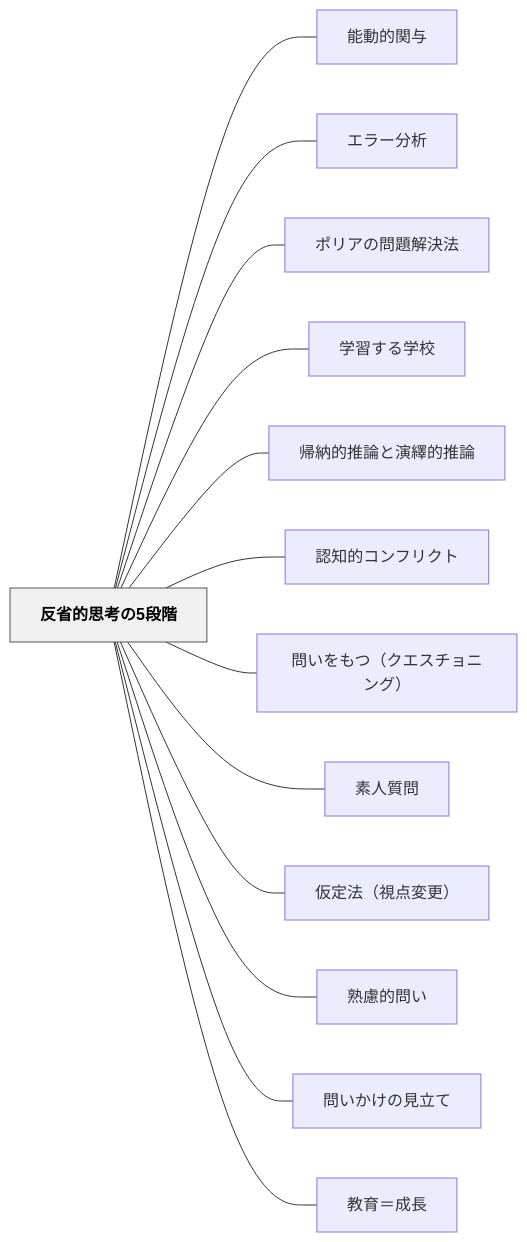
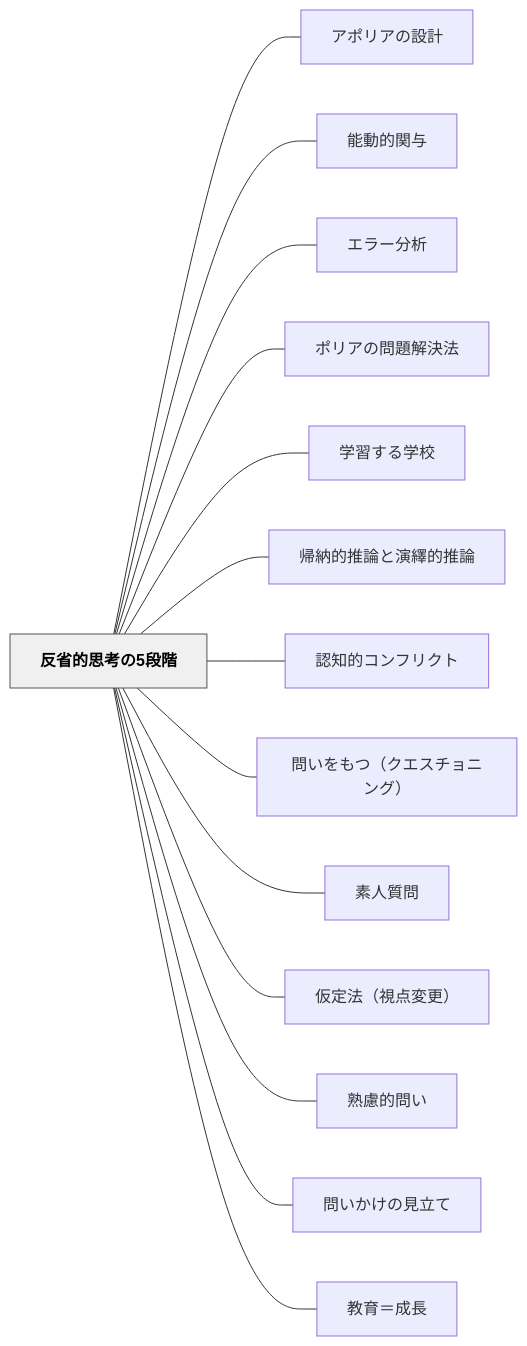
Before and after one commit to unknownthings-ed-patterns/unknownthings-ed-patterns: the diagram in content/パタン/反省的思考の5段階.md, drawn with Mermaid. The commit also changed other lines of this file and 17 other files, not shown here.

````diff
--- a/content/パタン/反省的思考の5段階.md
+++ b/content/パタン/反省的思考の5段階.md
@@ -155,32 +156,34 @@
 ```mermaid
 flowchart LR
     ne58f8de79c81e79a84e6809de88083e381ae35e6aeb5e99a8e["反省的思考の5段階"]
+    ne382a2e3839de383aae382a2e381aee8a8ade8a888["アポリアの設計"]
     ne883bde58b95e79a84e996a2e4b88e["能動的関与"]
     ne382a8e383a9e383bce58886e69e90["エラー分析"]
     ne3839de383aae382a2e381aee5958fe9a18ce8a7a3e6b1bae6b395["ポリアの問題解決法"]
     ne5ada6e7bf92e38199e3828be5ada6e6a0a1["学習する学校"]
     ne5b8b0e7b48de79a84e68ea8e8ab96e381a8e6bc94e7b9b9e79a84e68ea8e8ab96["帰納的推論と演繹的推論"]
     ne8aa8de79fa5e79a84e382b3e383b3e38395e383aae382afe38388["認知的コンフリクト"]
     ne5958fe38184e38292e38282e381a4efbc88e382afe382a8e382b9e38381e383a7e3838be383b3e382b0efbc89["問いをもつ（クエスチョニング）"]
     ne7b4a0e4babae8b3aae5958f["素人質問"]
     ne4bbaee5ae9ae6b395efbc88e8a696e782b9e5a489e69bb4efbc89["仮定法（視点変更）"]
     ne7869fe685aee79a84e5958fe38184["熟慮的問い"]
     ne5958fe38184e3818be38191e381aee8a68be7ab8be381a6["問いかけの見立て"]
     ne69599e882b2efbc9de68890e995b7["教育＝成長"]
 
+    ne58f8de79c81e79a84e6809de88083e381ae35e6aeb5e99a8e --- ne382a2e3839de383aae382a2e381aee8a8ade8a888
     ne58f8de79c81e79a84e6809de88083e381ae35e6aeb5e99a8e --- ne883bde58b95e79a84e996a2e4b88e
     ne58f8de79c81e79a84e6809de88083e381ae35e6aeb5e99a8e --- ne382a8e383a9e383bce58886e69e90
     ne58f8de79c81e79a84e6809de88083e381ae35e6aeb5e99a8e --- ne3839de383aae382a2e381aee5958fe9a18ce8a7a3e6b1bae6b395
     ne58f8de79c81e79a84e6809de88083e381ae35e6aeb5e99a8e --- ne5ada6e7bf92e38199e3828be5ada6e6a0a1
     ne58f8de79c81e79a84e6809de88083e381ae35e6aeb5e99a8e --- ne5b8b0e7b48de79a84e68ea8e8ab96e381a8e6bc94e7b9b9e79a84e68ea8e8ab96
     ne58f8de79c81e79a84e6809de88083e381ae35e6aeb5e99a8e --- ne8aa8de79fa5e79a84e382b3e383b3e38395e383aae382afe38388
     ne58f8de79c81e79a84e6809de88083e381ae35e6aeb5e99a8e --- ne5958fe38184e38292e38282e381a4efbc88e382afe382a8e382b9e38381e383a7e3838be383b3e382b0efbc89
     ne58f8de79c81e79a84e6809de88083e381ae35e6aeb5e99a8e --- ne7b4a0e4babae8b3aae5958f
     ne58f8de79c81e79a84e6809de88083e381ae35e6aeb5e99a8e --- ne4bbaee5ae9ae6b395efbc88e8a696e782b9e5a489e69bb4efbc89
     ne58f8de79c81e79a84e6809de88083e381ae35e6aeb5e99a8e --- ne7869fe685aee79a84e5958fe38184
     ne58f8de79c81e79a84e6809de88083e381ae35e6aeb5e99a8e --- ne5958fe38184e3818be38191e381aee8a68be7ab8be381a6
     ne58f8de79c81e79a84e6809de88083e381ae35e6aeb5e99a8e --- ne69599e882b2efbc9de68890e995b7
 
     classDef hub fill:#f0f0f0,stroke:#555,color:#000,font-weight:bold
     class ne58f8de79c81e79a84e6809de88083e381ae35e6aeb5e99a8e hub
 ```
````
